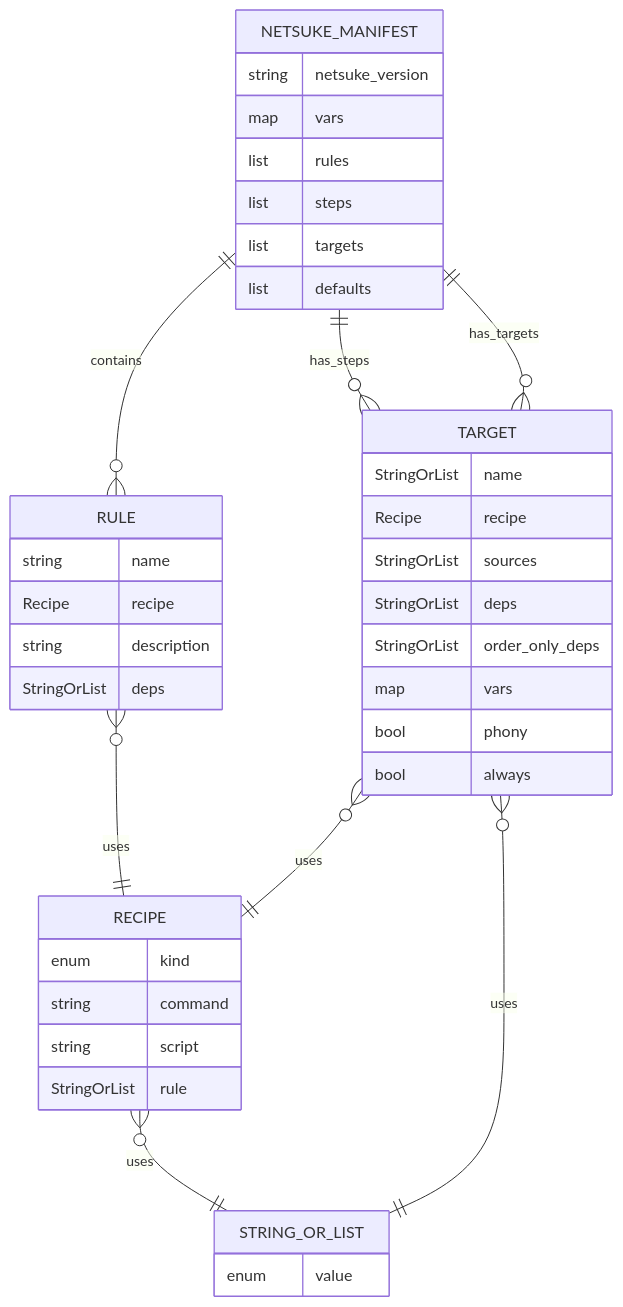
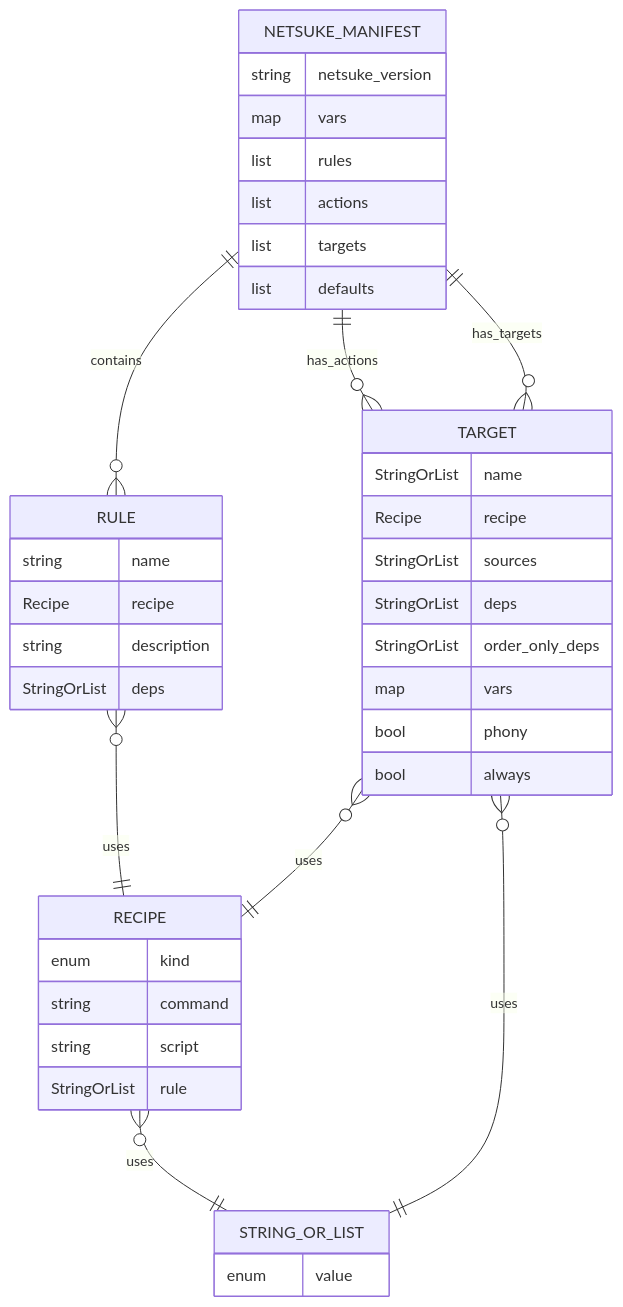
The second of 2 diagrams in docs/netsuke-design.md (leynos/netsuke), drawn with Mermaid before and after one commit. The commit also changed other lines of this file and 7 other files, not shown here.

Commit message:
Rename steps to actions

````diff
--- a/docs/netsuke-design.md
+++ b/docs/netsuke-design.md
@@ -190,43 +190,43 @@
 ```mermaid
 erDiagram
     NETSUKE_MANIFEST {
         string netsuke_version
         map vars
         list rules
-        list steps
+        list actions
         list targets
         list defaults
     }
     RULE {
         string name
         Recipe recipe
         string description
         StringOrList deps
     }
     TARGET {
         StringOrList name
         Recipe recipe
         StringOrList sources
         StringOrList deps
         StringOrList order_only_deps
         map vars
         bool phony
         bool always
     }
     RECIPE {
         enum kind
         string command
         string script
         StringOrList rule
     }
     STRING_OR_LIST {
         enum value
     }
     NETSUKE_MANIFEST ||--o{ RULE : contains
-    NETSUKE_MANIFEST ||--o{ TARGET : has_steps
+    NETSUKE_MANIFEST ||--o{ TARGET : has_actions
     NETSUKE_MANIFEST ||--o{ TARGET : has_targets
     RULE }o--|| RECIPE : uses
     TARGET }o--|| RECIPE : uses
     TARGET }o--|| STRING_OR_LIST : uses
     RECIPE }o--|| STRING_OR_LIST : uses
 ```
````
